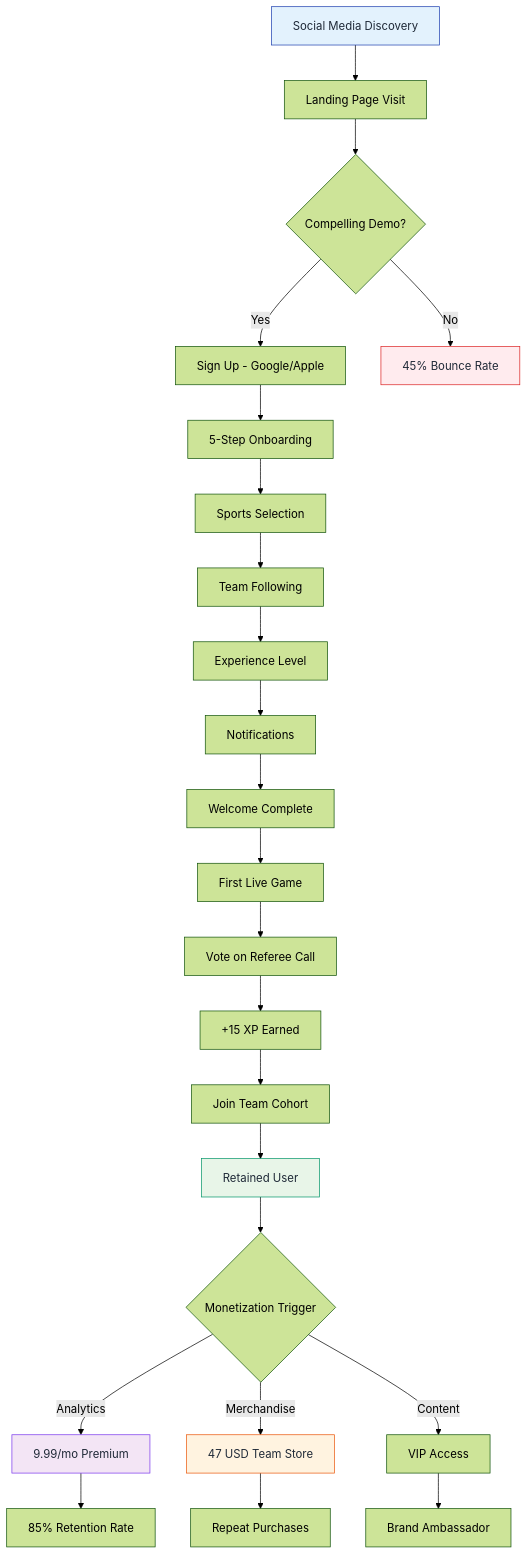
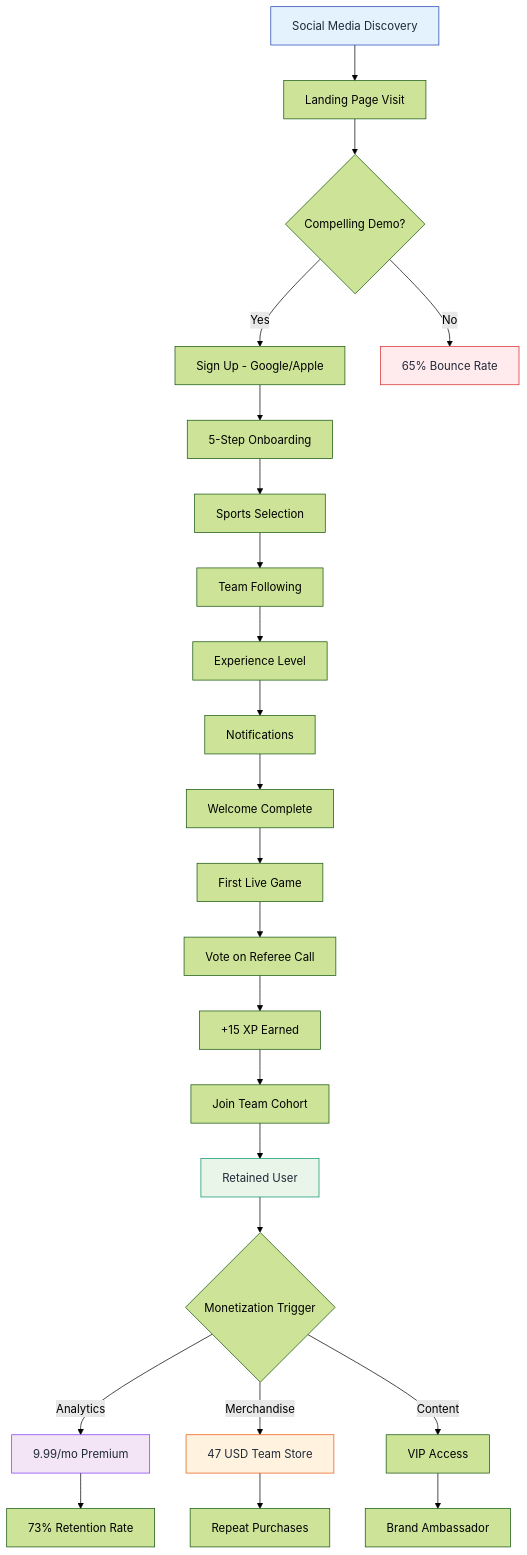
One commit to SkaFld-Ignite/ref-u-wireframes changed the first of 9 diagrams in docs/investor-flows.md. Above: the diagram before and after it, drawn with Mermaid (forest theme). The commit also changed other lines of this file, not shown here.

Commit message:
Add comprehensive citations and realistic statistics to investor flows

````diff
--- a/docs/investor-flows.md
+++ b/docs/investor-flows.md
@@ -13,35 +38,35 @@
 ```mermaid
 graph TD
     A[Social Media Discovery] --> B[Landing Page Visit]
     B --> C{Compelling Demo?}
     C -->|Yes| D[Sign Up - Google/Apple]
-    C -->|No| X[45% Bounce Rate]
+    C -->|No| X[65% Bounce Rate]
     
     D --> E[5-Step Onboarding]
     E --> F[Sports Selection]
     F --> G[Team Following]
     G --> H[Experience Level]
     H --> I[Notifications]
     I --> J[Welcome Complete]
     
     J --> K[First Live Game]
     K --> L[Vote on Referee Call]
     L --> M[+15 XP Earned]
     M --> N[Join Team Cohort]
     N --> O[Retained User]
     
     O --> P{Monetization Trigger}
     P -->|Analytics| Q[9.99/mo Premium]
     P -->|Merchandise| R[47 USD Team Store]
     P -->|Content| S[VIP Access]
     
-    Q --> T[85% Retention Rate]
+    Q --> T[73% Retention Rate]
     R --> U[Repeat Purchases]
     S --> V[Brand Ambassador]
     
     style A fill:#e3f2fd,stroke:#1e40af,color:#1f2937
     style O fill:#e8f5e8,stroke:#059669,color:#1f2937
     style Q fill:#f3e5f5,stroke:#7c3aed,color:#1f2937
     style R fill:#fff3e0,stroke:#ea580c,color:#1f2937
     style X fill:#ffebee,stroke:#dc2626,color:#1f2937
 ```
````
